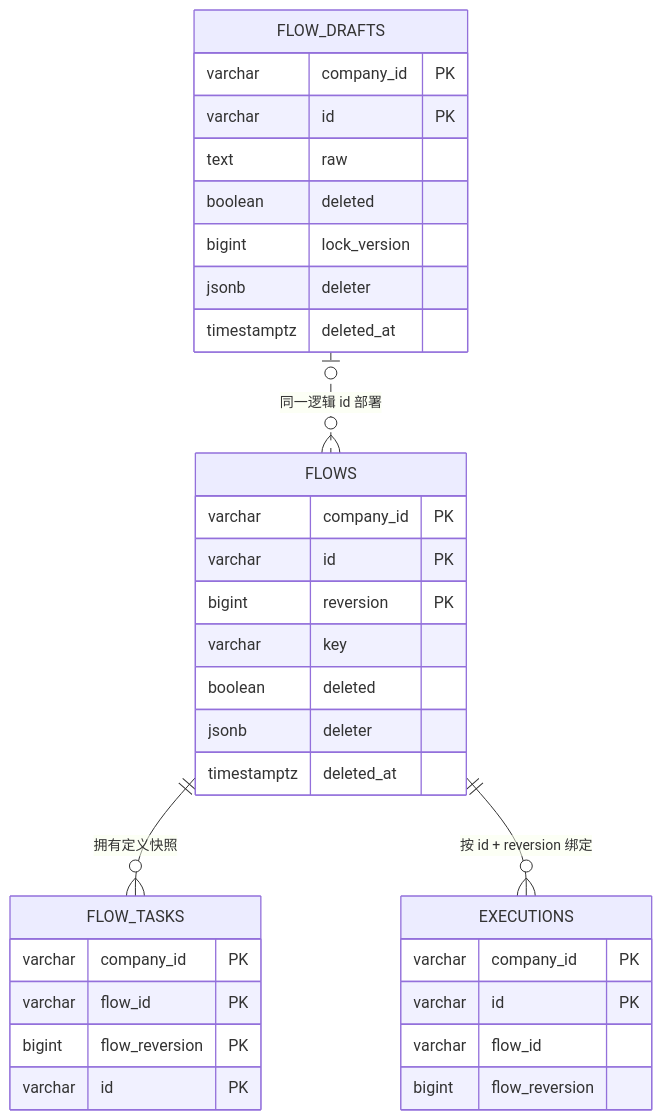
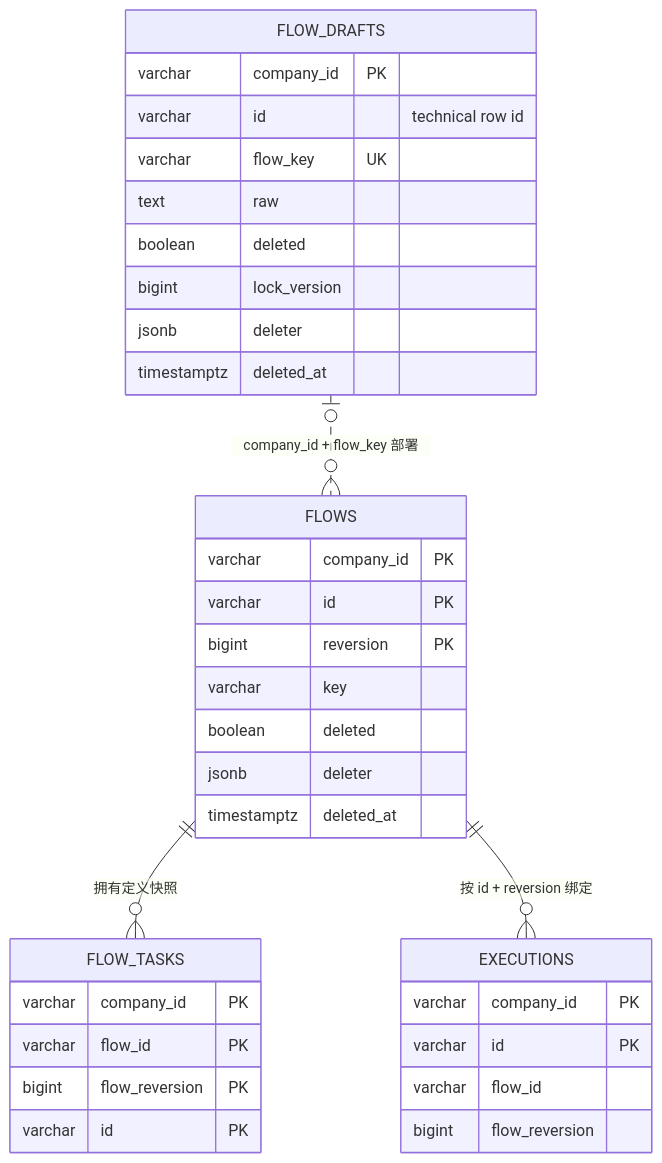
One commit to Eiddy5/flow changed the diagram in docs/decisions/0022-model-flow-draft-as-separate-aggregate.md. Above: the diagram before and after it, drawn with Mermaid. The commit also changed other lines of this file and 192 other files, not shown here.

````diff
--- a/docs/decisions/0022-model-flow-draft-as-separate-aggregate.md
+++ b/docs/decisions/0022-model-flow-draft-as-separate-aggregate.md
@@ -78,37 +85,38 @@
 ```mermaid
 erDiagram
     FLOW_DRAFTS {
         varchar company_id PK
-        varchar id PK
+        varchar id "technical row id"
+        varchar flow_key UK
         text raw
         boolean deleted
         bigint lock_version
         jsonb deleter
         timestamptz deleted_at
     }
     FLOWS {
         varchar company_id PK
         varchar id PK
         bigint reversion PK
         varchar key
         boolean deleted
         jsonb deleter
         timestamptz deleted_at
     }
     FLOW_TASKS {
         varchar company_id PK
         varchar flow_id PK
         bigint flow_reversion PK
         varchar id PK
     }
     EXECUTIONS {
         varchar company_id PK
         varchar id PK
         varchar flow_id
         bigint flow_reversion
     }
 
-    FLOW_DRAFTS o|..o{ FLOWS : "同一逻辑 id 部署"
+    FLOW_DRAFTS o|..o{ FLOWS : "company_id + flow_key 部署"
     FLOWS ||--o{ FLOW_TASKS : "拥有定义快照"
     FLOWS ||--o{ EXECUTIONS : "按 id + reversion 绑定"
 ```
````
